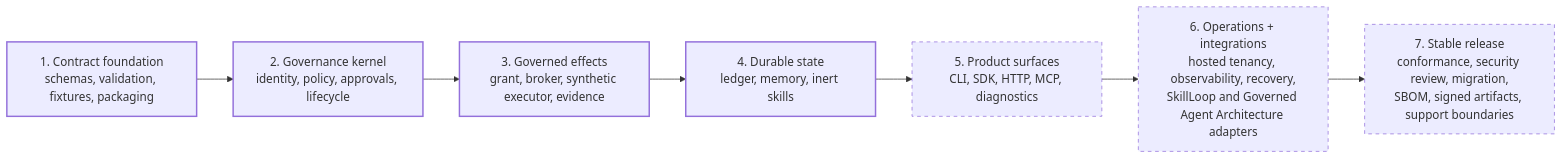
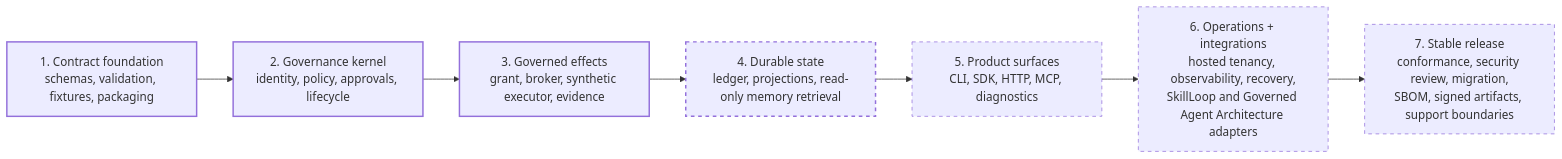
The third of 7 diagrams in docs/ARCHITECTURE.md (lamenting-hawthorn/governed-agent-harness), drawn with Mermaid before and after one commit. The commit also changed other lines of this file and 36 other files, not shown here.

````diff
--- a/docs/ARCHITECTURE.md
+++ b/docs/ARCHITECTURE.md
@@ -143,15 +140,16 @@
 ```mermaid
 flowchart LR
   Foundation["1. Contract foundation\nschemas, validation, fixtures, packaging"]:::done
   Kernel["2. Governance kernel\nidentity, policy, approvals, lifecycle"]:::done
   Effects["3. Governed effects\ngrant, broker, synthetic executor, evidence"]:::done
-  State["4. Durable state\nledger, memory, inert skills"]:::done
+  State["4. Durable state\nledger, projections, read-only memory retrieval"]:::inprogress
   Surfaces["5. Product surfaces\nCLI, SDK, HTTP, MCP, diagnostics"]:::planned
   Operations["6. Operations + integrations\nhosted tenancy, observability, recovery,\nSkillLoop and Governed Agent Architecture adapters"]:::planned
   Release["7. Stable release\nconformance, security review, migration,\nSBOM, signed artifacts, support boundaries"]:::planned
 
   Foundation --> Kernel --> Effects --> State --> Surfaces --> Operations --> Release
 
   classDef done stroke-width:2px
+  classDef inprogress stroke-width:2px,stroke-dasharray:5 5
   classDef planned stroke-dasharray:5 5
 ```
````
